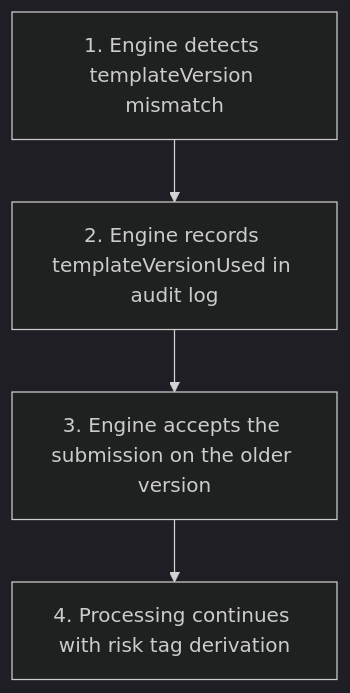
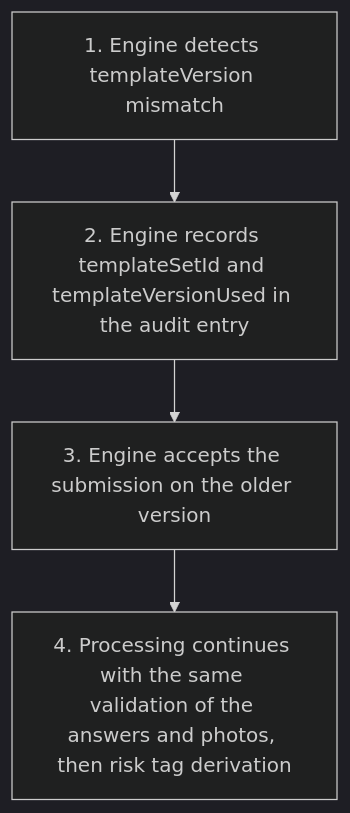
One commit to joachimtrungtuan/hairline-pm-docs changed the third of 8 diagrams in project-requirements/functional-requirements/fr002-medical-history/prd.md. Above: the diagram before and after it, drawn with Mermaid (dark theme). The commit also changed other lines of this file and 6 other files, not shown here.

Commit message:
docs(fr002): apply logic review pass 2 fixes to PRD and graph

````diff
--- a/project-requirements/functional-requirements/fr002-medical-history/prd.md
+++ b/project-requirements/functional-requirements/fr002-medical-history/prd.md
@@ -116,6 +116,6 @@
 ```mermaid
 flowchart TD
-  A2S1["1. Engine detects templateVersion mismatch"] --> A2S2["2. Engine records templateVersionUsed in audit log"]
+  A2S1["1. Engine detects templateVersion mismatch"] --> A2S2["2. Engine records templateSetId and templateVersionUsed in the audit entry"]
   A2S2 --> A2S3["3. Engine accepts the submission on the older version"]
-  A2S3 --> A2S4["4. Processing continues with risk tag derivation"]
+  A2S3 --> A2S4["4. Processing continues with the same validation of the answers and photos, then risk tag derivation"]
 ```
````
